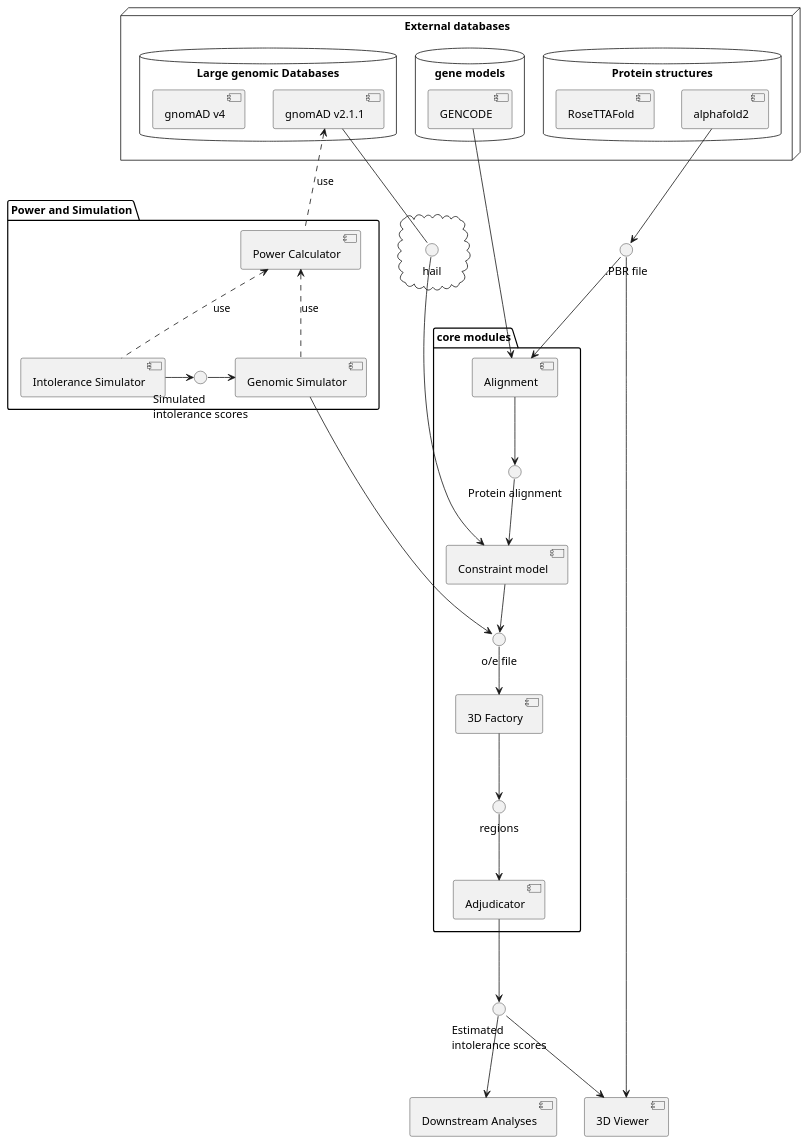
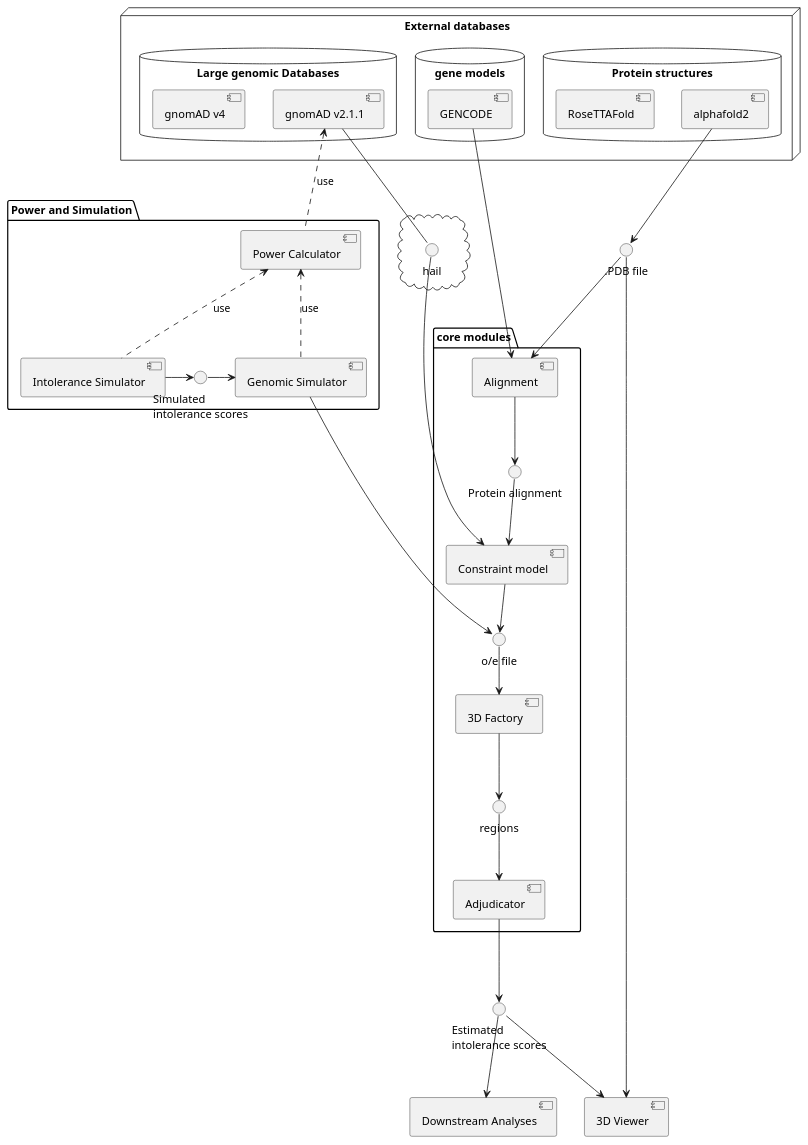
The diagram in docs/SoftwareArchitecture.wsd (populationgenomics/structural-constraint), drawn with PlantUML before and after one commit.

Commit message:
Update SoftwareArchitecture.wsd
Corrected the protein structure file extension from '.PBR' to '.PDB

```diff
--- a/docs/SoftwareArchitecture.wsd
+++ b/docs/SoftwareArchitecture.wsd
@@ -1,80 +1,80 @@
 @startuml softarchitect
 
 node "External databases" {
     database "Large genomic Databases" {
         [gnomAD v2.1.1] as gnomad2
         [gnomAD v4]
     }
 
     database "gene models" {
         [GENCODE] as gencode
     }
     database "Protein structures" {
         [alphafold2] as Caf
         [RoseTTAFold]
     }
 
 }
 
 
 package "core modules" {
     [Alignment] as CAlign
     [Constraint model] as Coemod
     [3D Factory] as Cgenerator
     [Adjudicator] as Cadju
     () "Protein alignment" as Ialign
     () "o/e file" as Ioefile
     () "regions" as Iregions
 }
 
 package "Power and Simulation" {
     [Intolerance Simulator] as Cintsim
     [Genomic Simulator] as Coesim
     [Power Calculator] as Cpower
     () "Simulated\nintolerance scores" as Isimintol
     Cintsim -> Isimintol
 Isimintol -> Coesim
 }
 
 cloud  {
     () "hail" as Ihail
 }
 
 gnomad2 -- Ihail
 Ihail --> Coemod
 
-() ".PBR file" as Ipbr
-Caf --> Ipbr
-Ipbr --> CAlign
+() ".PDB file" as Ipdb
+Caf --> Ipdb
+Ipdb --> CAlign
 
 gencode --> CAlign
 
 
 CAlign --> Ialign
 Ialign --> Coemod
 'gnomad2 -- Coemod
 
 
 Coemod --> Ioefile
 Ioefile --> Cgenerator
 
 Cgenerator --> Iregions
 Iregions --> Cadju
 
 () "Estimated\nintolerance scores" as Imetric
 [3D Viewer] as Cview
 [Downstream Analyses] as Cscience
 
 Cadju --> Imetric
 Imetric --> Cview
-Ipbr --> Cview
+Ipdb --> Cview
 Imetric --> Cscience
 
 Coesim -> Ioefile
 Coesim .u.> Cpower : use
 gnomad2 <..  Cpower : use
 Cintsim .u.> Cpower :use
 
 
 
 @enduml
```
